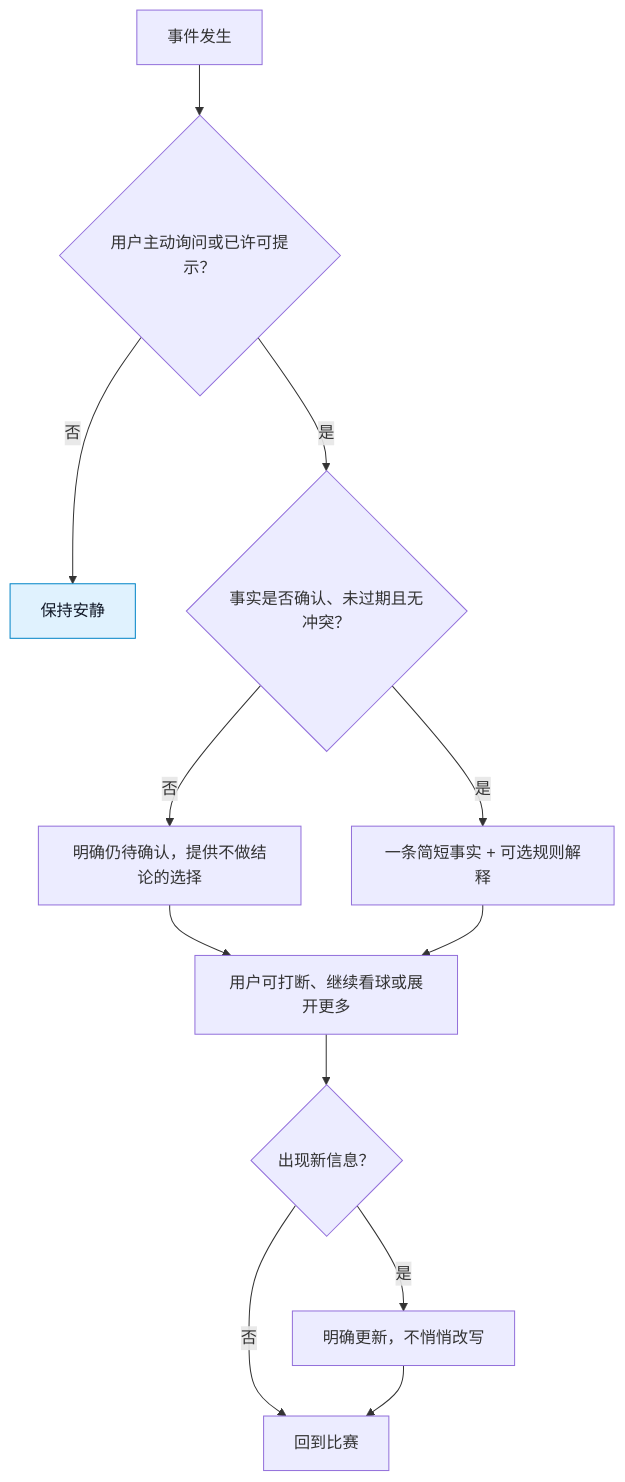
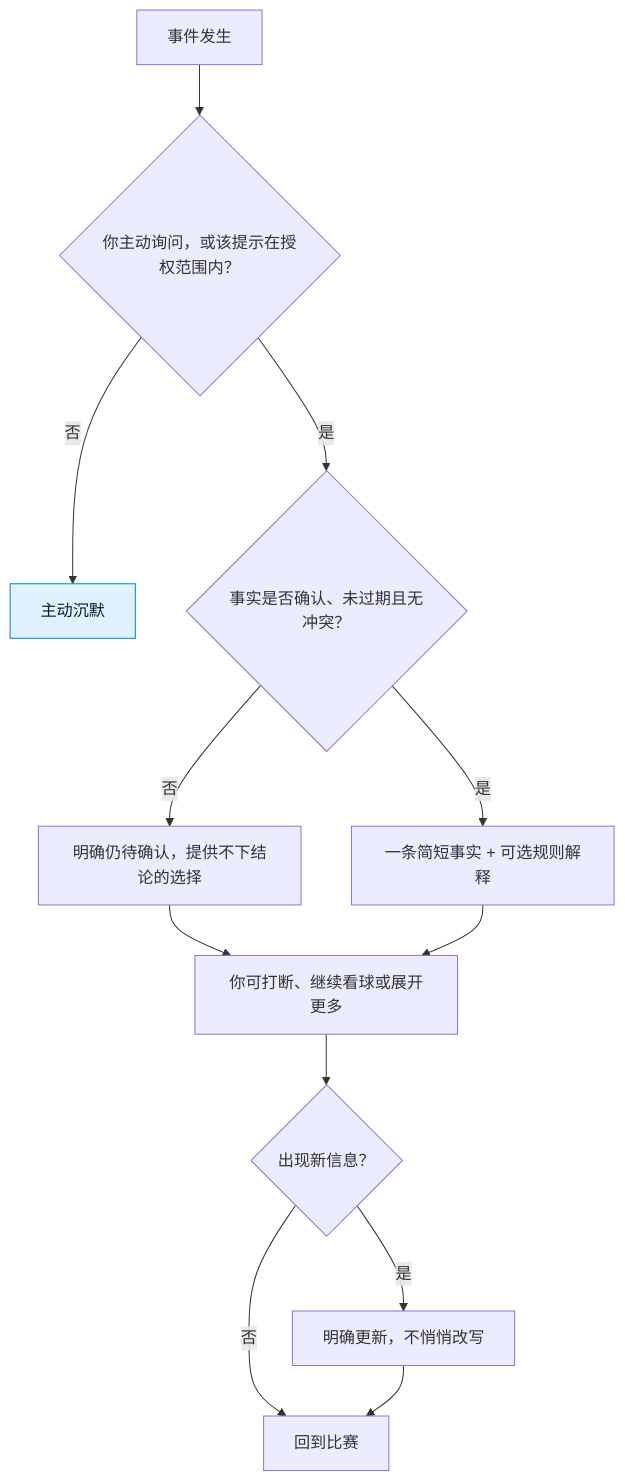
The fourth of 11 diagrams in docs/球球全套资料/4.产品设计/22-赛前赛中赛后陪看旅程设计.md (weiz98417-crypto/qiuqiu), drawn with Mermaid before and after one commit. The commit also changed other lines of this file and 49 other files, not shown here.

````diff
--- a/docs/球球全套资料/4.产品设计/22-赛前赛中赛后陪看旅程设计.md
+++ b/docs/球球全套资料/4.产品设计/22-赛前赛中赛后陪看旅程设计.md
@@ -351,17 +287,17 @@
 ```mermaid
 flowchart TD
-    A[事件发生] --> B{用户主动询问或已许可提示？}
-    B -->|否| Z[保持安静]
+    A[事件发生] --> B{你主动询问，或该提示在授权范围内？}
+    B -->|否| Z[主动沉默]
     B -->|是| C{事实是否确认、未过期且无冲突？}
-    C -->|否| D[明确仍待确认，提供不做结论的选择]
+    C -->|否| D[明确仍待确认，提供不下结论的选择]
     C -->|是| E[一条简短事实 + 可选规则解释]
-    D --> F[用户可打断、继续看球或展开更多]
+    D --> F[你可打断、继续看球或展开更多]
     E --> F
     F --> G{出现新信息？}
     G -->|是| H[明确更新，不悄悄改写]
     G -->|否| I[回到比赛]
     H --> I
 
     classDef quiet fill:#e0f2fe,stroke:#0284c7,color:#111827;
     class Z quiet;
 ```
````
